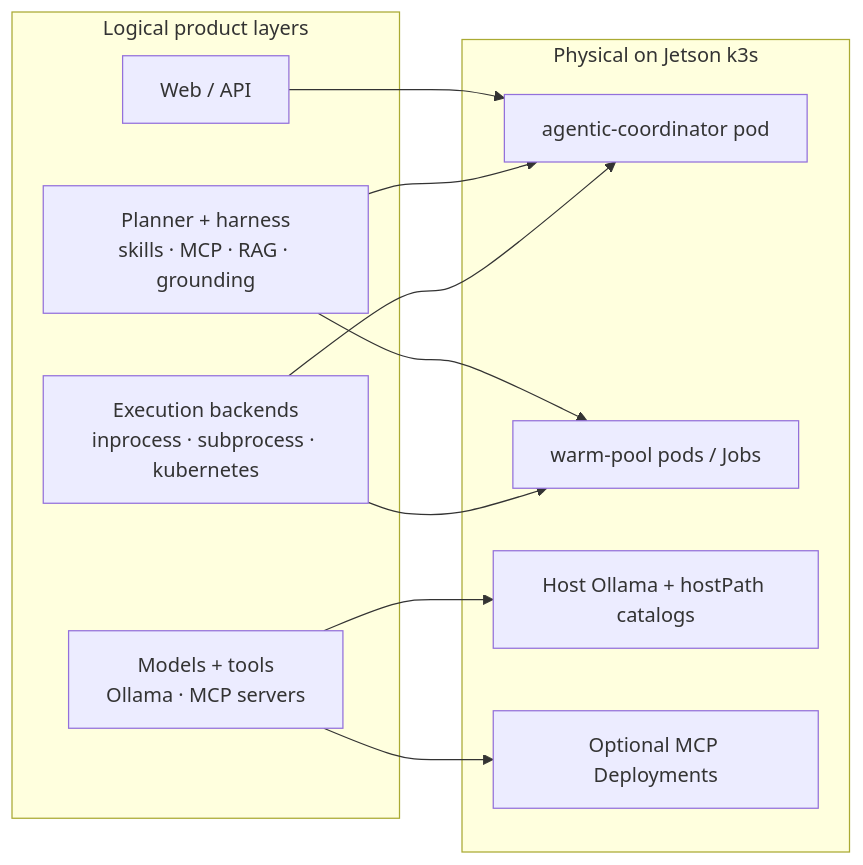
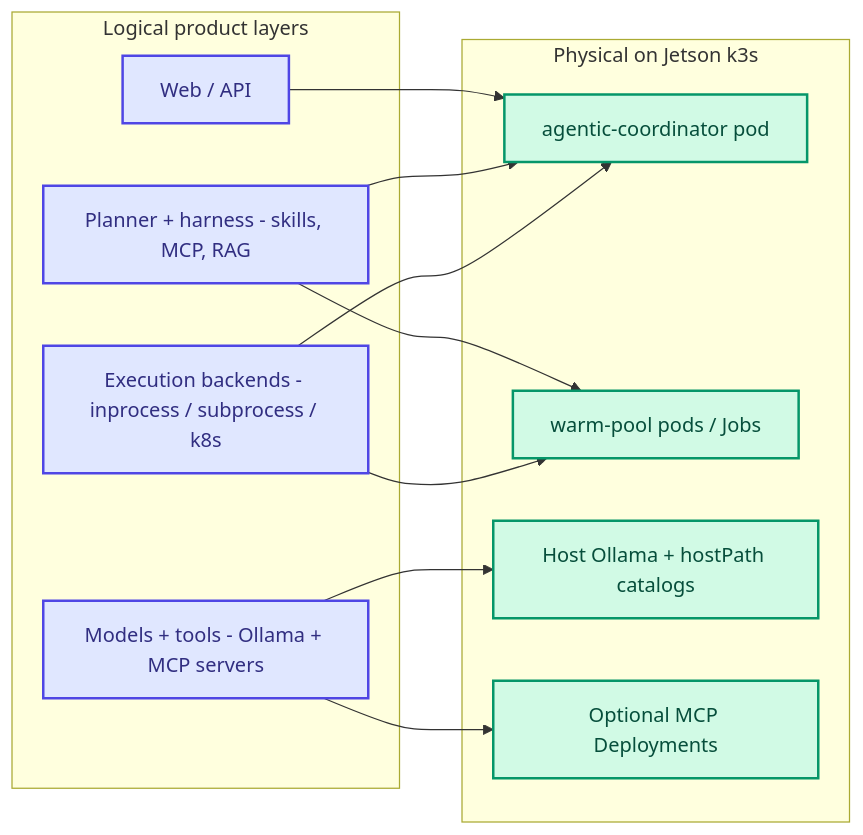
Before and after one commit to zlatko-lakisic/agentic-orchestration: the third of 3 diagrams in docs/system-architecture/index.md, drawn with Mermaid. The commit also changed other lines of this file and 7 other files, not shown here.

First line of the commit message:
Docs: fix Pages asset images and colorful Mermaid diagrams.

````diff
--- a/docs/system-architecture/index.md
+++ b/docs/system-architecture/index.md
@@ -134,24 +133,27 @@
 ```mermaid
 flowchart LR
+  classDef logical fill:#E0E7FF,stroke:#4F46E5,stroke-width:2px,color:#312E81
+  classDef physical fill:#D1FAE5,stroke:#059669,stroke-width:2px,color:#064E3B
+
   subgraph Logical["Logical product layers"]
-    L1["Web / API"]
-    L2["Planner + harness<br/>skills · MCP · RAG · grounding"]
-    L3["Execution backends<br/>inprocess · subprocess · kubernetes"]
-    L4["Models + tools<br/>Ollama · MCP servers"]
+    L1["Web / API"]:::logical
+    L2["Planner + harness - skills, MCP, RAG"]:::logical
+    L3["Execution backends - inprocess / subprocess / k8s"]:::logical
+    L4["Models + tools - Ollama + MCP servers"]:::logical
   end
 
   subgraph Physical["Physical on Jetson k3s"]
-    P1["agentic-coordinator pod"]
-    P2["warm-pool pods / Jobs"]
-    P3["Host Ollama + hostPath catalogs"]
-    P4["Optional MCP Deployments"]
+    P1["agentic-coordinator pod"]:::physical
+    P2["warm-pool pods / Jobs"]:::physical
+    P3["Host Ollama + hostPath catalogs"]:::physical
+    P4["Optional MCP Deployments"]:::physical
   end
 
   L1 --> P1
   L2 --> P1
   L2 --> P2
   L3 --> P1
   L3 --> P2
   L4 --> P3
   L4 --> P4
 ```
````
